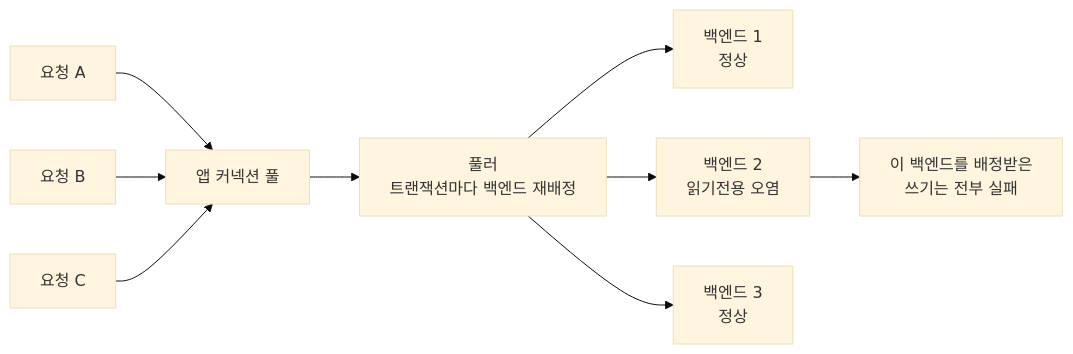
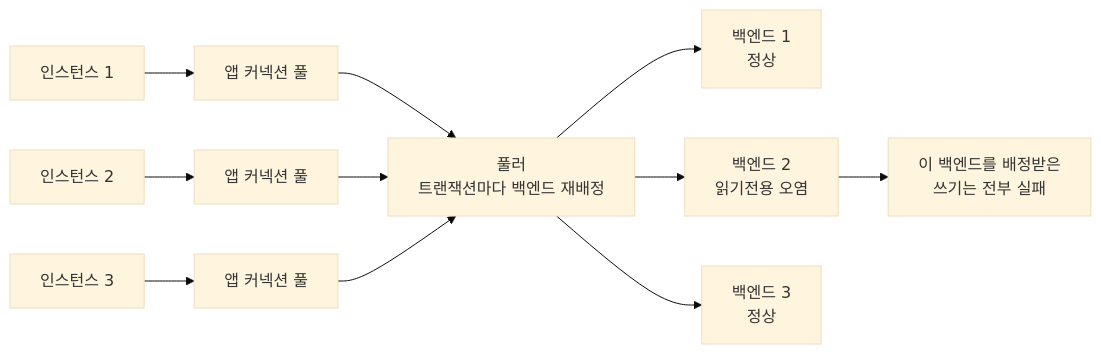
The diagram in _codex/postgres-set-scope-in-connection-pool.md (devch1013/devch1013.github.io), drawn with Mermaid (base theme) before and after one commit. The commit also changed other lines of this file, not shown here.

Commit message:
docs(codex): 커넥션 풀 오염이 인스턴스 경계를 넘는 절 추가

````diff
--- a/_codex/postgres-set-scope-in-connection-pool.md
+++ b/_codex/postgres-set-scope-in-connection-pool.md
@@ -93,11 +93,13 @@
 ```mermaid
 graph LR
-  R1[요청 A] --> POOL[앱 커넥션 풀]
-  R2[요청 B] --> POOL
-  R3[요청 C] --> POOL
-  POOL --> PGB[풀러<br/>트랜잭션마다 백엔드 재배정]
+  A1[인스턴스 1] --> P1[앱 커넥션 풀]
+  A2[인스턴스 2] --> P2[앱 커넥션 풀]
+  A3[인스턴스 3] --> P3[앱 커넥션 풀]
+  P1 --> PGB[풀러<br/>트랜잭션마다 백엔드 재배정]
+  P2 --> PGB
+  P3 --> PGB
   PGB --> B1[백엔드 1<br/>정상]
   PGB --> B2[백엔드 2<br/>읽기전용 오염]
   PGB --> B3[백엔드 3<br/>정상]
   B2 --> ERR[이 백엔드를 배정받은<br/>쓰기는 전부 실패]
 ```
````
